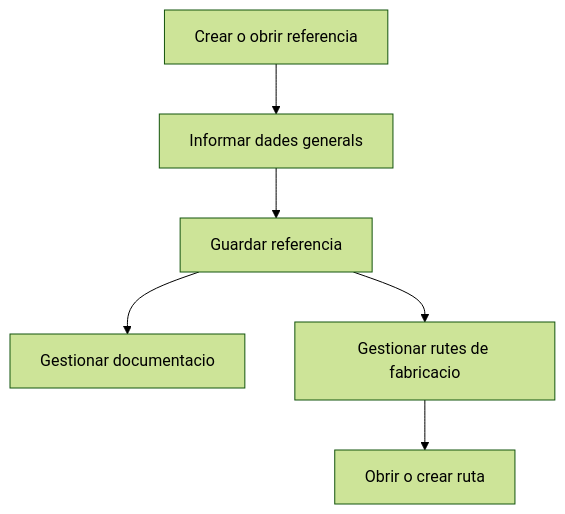
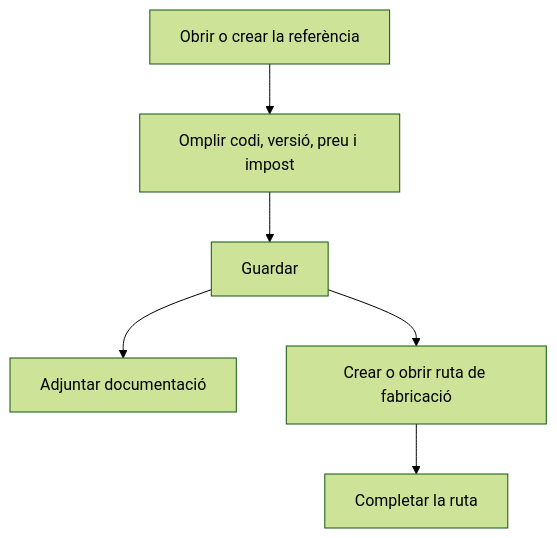
Before and after one commit to MGurtD/lilith: the diagram in frontend/src/help/ca/sales/reference/detail.md, drawn with Mermaid (forest theme). The commit also changed other lines of this file and 331 other files, not shown here.

````diff
--- a/frontend/src/help/ca/sales/reference/detail.md
+++ b/frontend/src/help/ca/sales/reference/detail.md
@@ -39,8 +47,8 @@
 ```mermaid
 flowchart TD
-    A[Crear o obrir referencia] --> B[Informar dades generals]
-    B --> C[Guardar referencia]
-    C --> D[Gestionar documentacio]
-    C --> E[Gestionar rutes de fabricacio]
-    E --> F[Obrir o crear ruta]
+    A[Obrir o crear la referència] --> B[Omplir codi, versió, preu i impost]
+    B --> C[Guardar]
+    C --> D[Adjuntar documentació]
+    C --> E[Crear o obrir ruta de fabricació]
+    E --> F[Completar la ruta]
 ```
````
